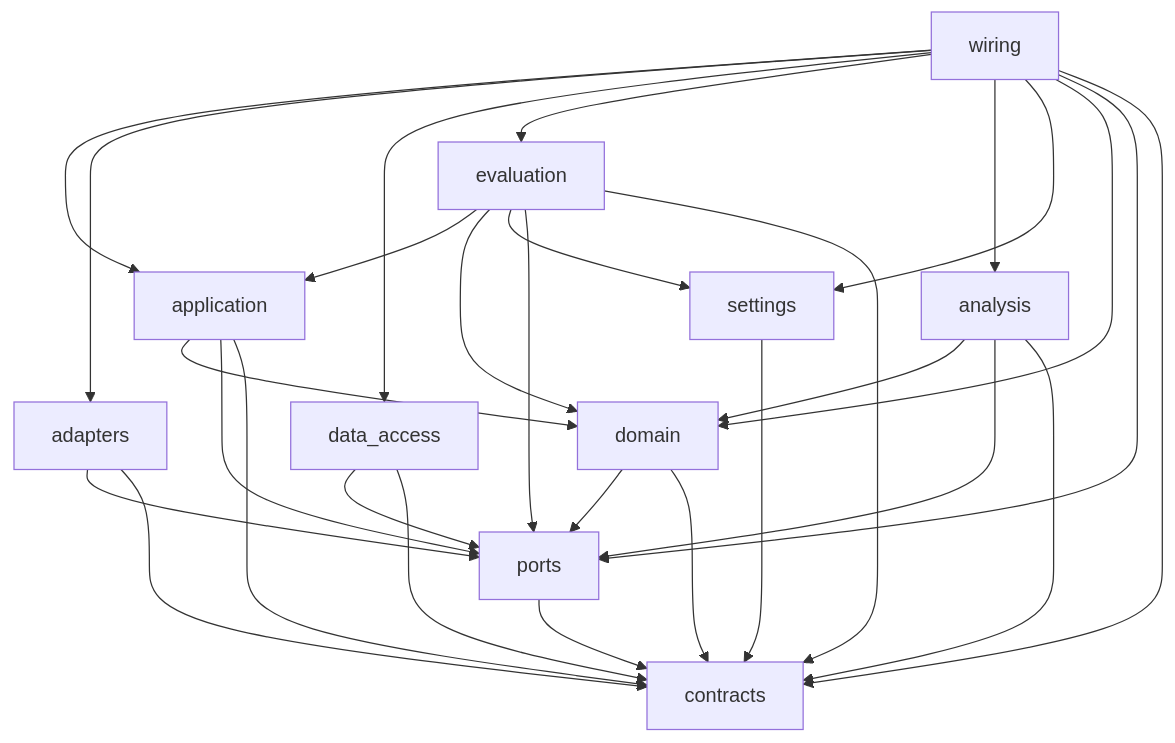
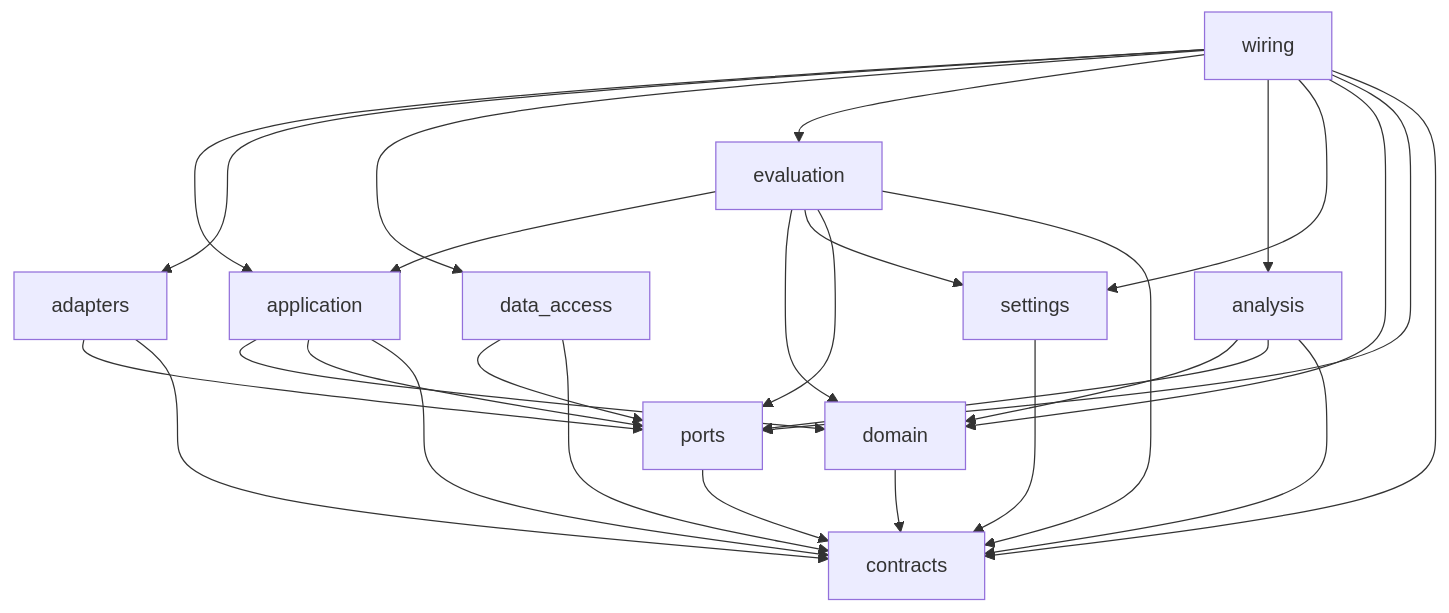
One commit to mahyamotamedi/metis-auto changed the diagram in docs/architecture/repository_structure.md. Above: the diagram before and after it, drawn with Mermaid. The commit also changed other lines of this file and 12 other files, not shown here.

````diff
--- a/docs/architecture/repository_structure.md
+++ b/docs/architecture/repository_structure.md
@@ -103,13 +103,13 @@
 ```mermaid
 %% Question answered: which package may import which? (no arrow = forbidden)
 flowchart TD
     wiring --> application & adapters & data_access & evaluation & analysis & settings & domain & ports & contracts
     evaluation --> application & domain & settings & ports & contracts
     analysis --> domain & ports & contracts
     application --> domain & ports & contracts
     adapters --> ports & contracts
     data_access --> ports & contracts
-    domain --> ports & contracts
+    domain --> contracts
     settings --> contracts
     ports --> contracts
 ```
````
